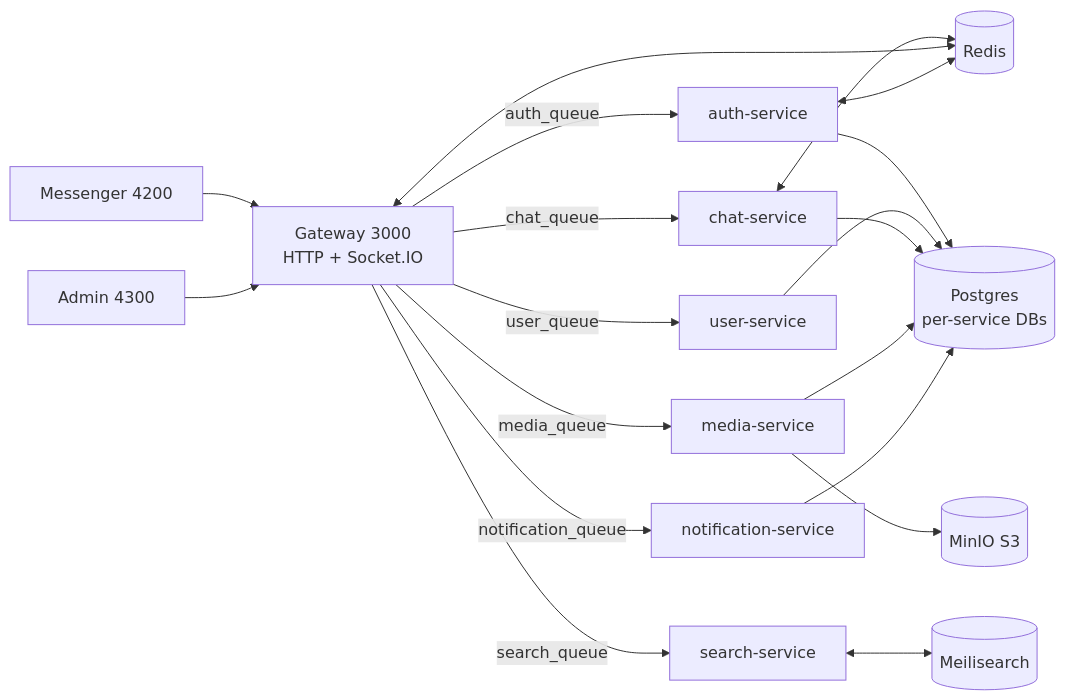
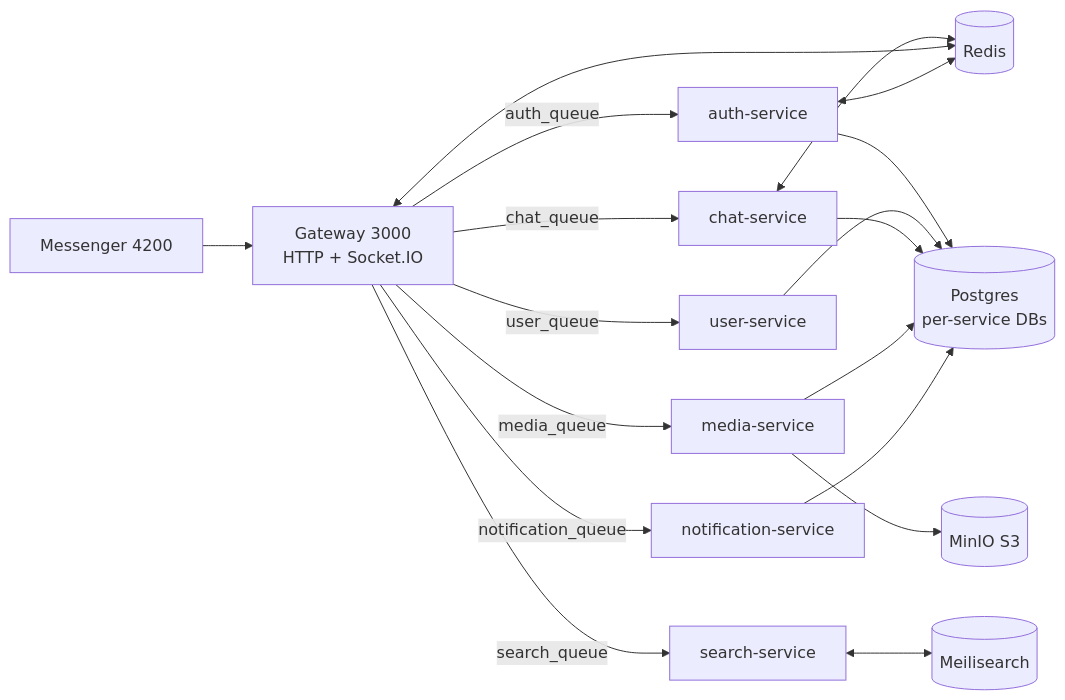
The diagram in docs/ARCHITECTURE.md (Lars-heilel/polygon), drawn with Mermaid before and after one commit. The commit also changed other lines of this file and 127 other files, not shown here.

````diff
--- a/docs/ARCHITECTURE.md
+++ b/docs/ARCHITECTURE.md
@@ -9,21 +9,20 @@
 ```mermaid
 flowchart LR
   M[Messenger 4200] --> G[Gateway 3000\nHTTP + Socket.IO]
-  A[Admin 4300] --> G
   G -->|auth_queue| AUTH[auth-service]
   G -->|user_queue| USER[user-service]
   G -->|chat_queue| CHAT[chat-service]
   G -->|media_queue| MEDIA[media-service]
   G -->|notification_queue| NOTIF[notification-service]
   G -->|search_queue| SEARCH[search-service]
   CHAT <--> REDIS[(Redis)]
   G <--> REDIS
   AUTH <--> REDIS
   MEDIA --> MINIO[(MinIO S3)]
   SEARCH <--> MEILI[(Meilisearch)]
   AUTH --> PG[(Postgres\nper-service DBs)]
   USER --> PG
   CHAT --> PG
   MEDIA --> PG
   NOTIF --> PG
 ```
````
